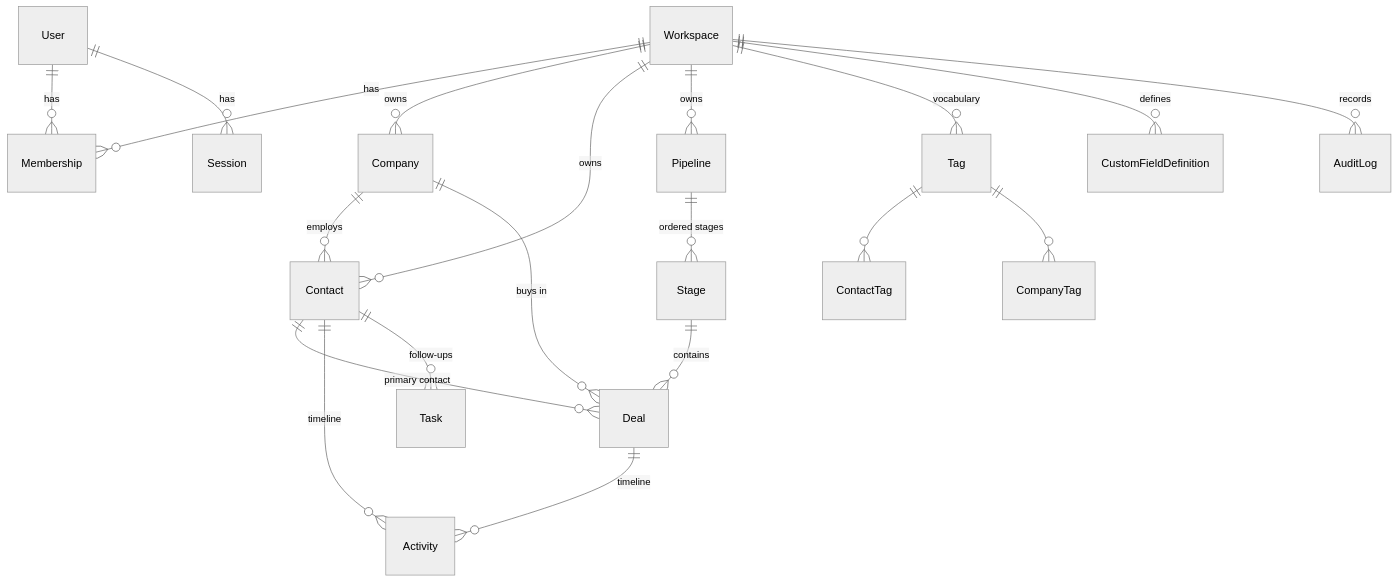
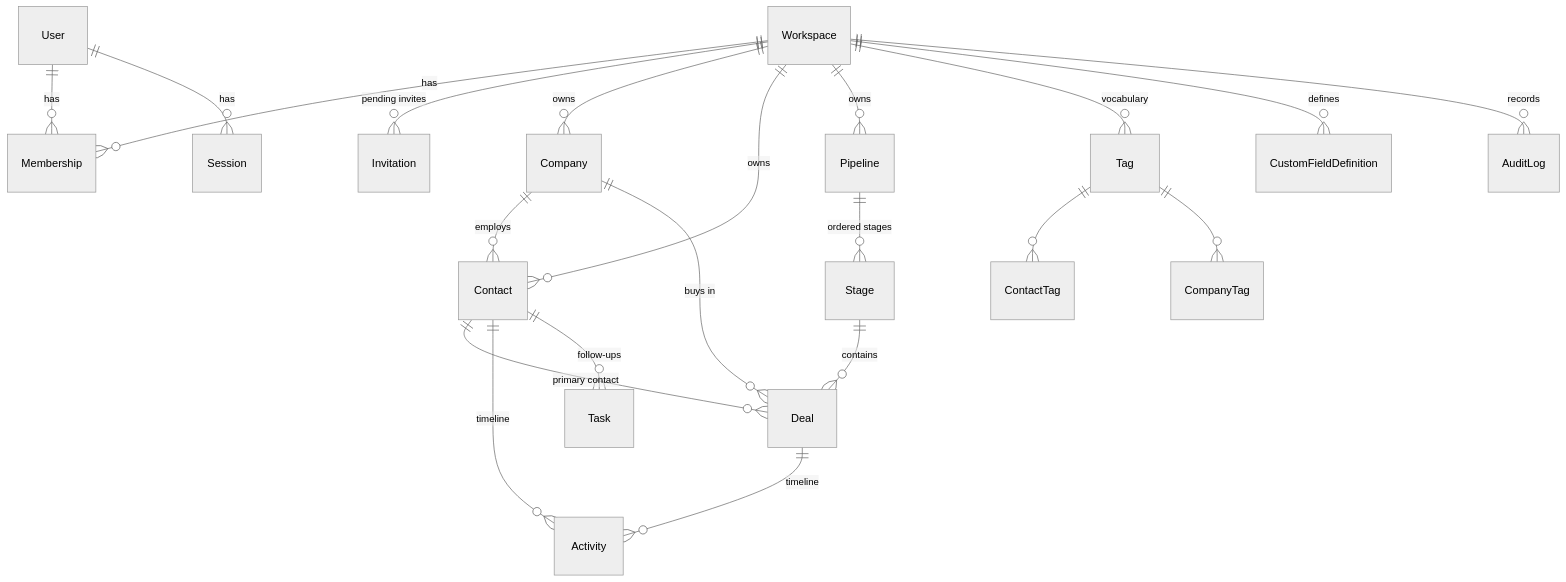
Before and after one commit to kiresakura/cadence-crm: the second of 2 diagrams in README.md, drawn with Mermaid (neutral theme). The commit also changed other lines of this file and 23 other files, not shown here.

````diff
--- a/README.md
+++ b/README.md
@@ -75,22 +75,23 @@
 ```mermaid
 erDiagram
   Workspace ||--o{ Membership : has
   User ||--o{ Membership : has
+  Workspace ||--o{ Invitation : "pending invites"
   User ||--o{ Session : has
   Workspace ||--o{ Company : owns
   Workspace ||--o{ Contact : owns
   Workspace ||--o{ Pipeline : owns
   Pipeline ||--o{ Stage : "ordered stages"
   Stage ||--o{ Deal : contains
   Company ||--o{ Contact : employs
   Company ||--o{ Deal : "buys in"
   Contact ||--o{ Deal : "primary contact"
   Contact ||--o{ Activity : timeline
   Deal ||--o{ Activity : timeline
   Contact ||--o{ Task : "follow-ups"
   Workspace ||--o{ Tag : vocabulary
   Tag ||--o{ ContactTag : ""
   Tag ||--o{ CompanyTag : ""
   Workspace ||--o{ CustomFieldDefinition : defines
   Workspace ||--o{ AuditLog : records
 ```
````
